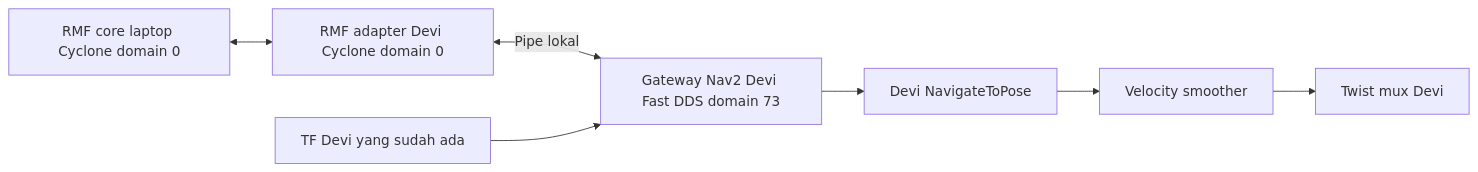
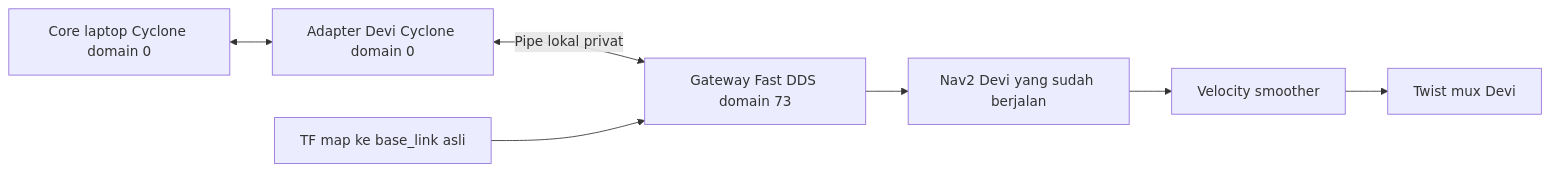
Before and after one commit to WizyMory/rmf-integration: the diagram in devi/README.md, drawn with Mermaid. The commit also changed other lines of this file and 1 other file, not shown here.

Commit message:
docs: document shared RMF startup for Husky and Devi

````diff
--- a/devi/README.md
+++ b/devi/README.md
@@ -8,9 +37,9 @@
 ```mermaid
 flowchart LR
-  Core[RMF core laptop Cyclone domain 0] <--> Native[RMF adapter Devi Cyclone domain 0]
-  Native <-->|Pipe lokal| Python[Gateway Nav2 Devi Fast DDS domain 73]
-  Python --> Action[Devi NavigateToPose]
-  Action --> Smoother[Velocity smoother]
+  Core[Core laptop Cyclone domain 0] <--> Adapter[Adapter Devi Cyclone domain 0]
+  Adapter <-->|Pipe lokal privat| Worker[Gateway Fast DDS domain 73]
+  Worker --> Nav2[Nav2 Devi yang sudah berjalan]
+  Nav2 --> Smoother[Velocity smoother]
   Smoother --> Mux[Twist mux Devi]
-  TF[TF Devi yang sudah ada] --> Python
+  TF[TF map ke base_link asli] --> Worker
 ```
````
